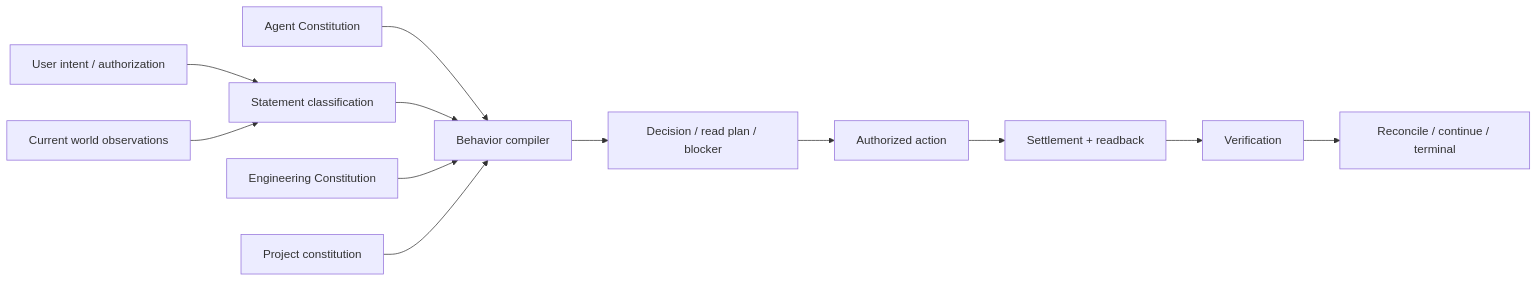
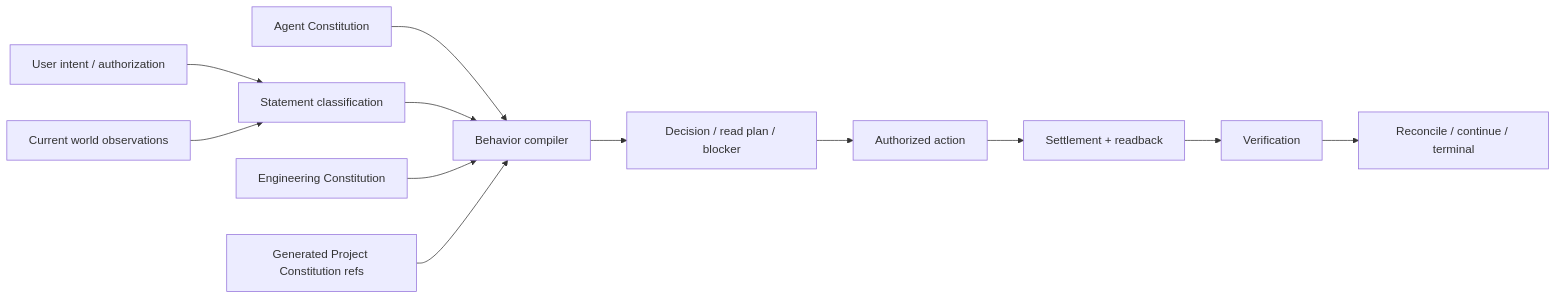
The first of 3 diagrams in docs/agent-constitution.md (sec-platform/sec), drawn with Mermaid before and after one commit. The commit also changed other lines of this file and 37 other files, not shown here.

````diff
--- a/docs/agent-constitution.md
+++ b/docs/agent-constitution.md
@@ -13,14 +13,14 @@
 ```mermaid
 flowchart LR
   U[User intent / authorization] --> C[Statement classification]
   W[Current world observations] --> C
   K[Agent Constitution] --> B[Behavior compiler]
   C --> B
   E[Engineering Constitution] --> B
-  P[Project constitution] --> B
+  P[Generated Project Constitution refs] --> B
   B --> D[Decision / read plan / blocker]
   D --> A[Authorized action]
   A --> S[Settlement + readback]
   S --> V[Verification]
   V --> R[Reconcile / continue / terminal]
 ```
````
